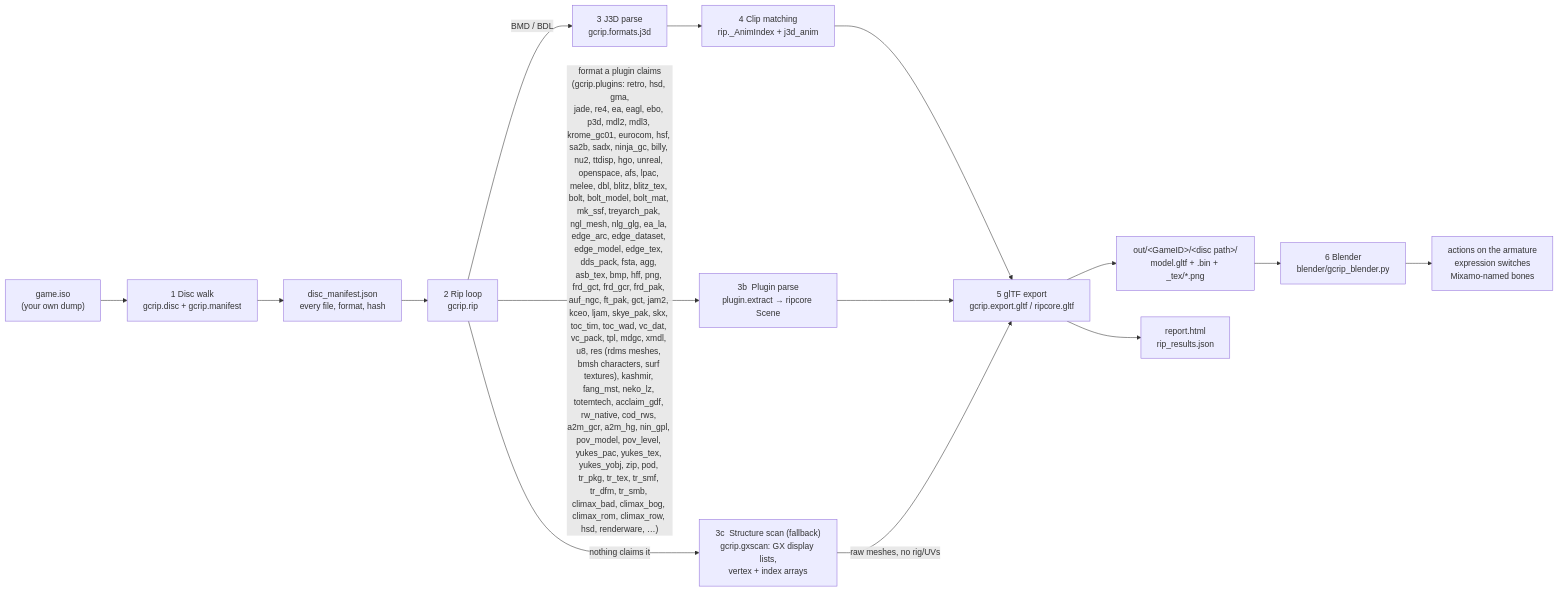
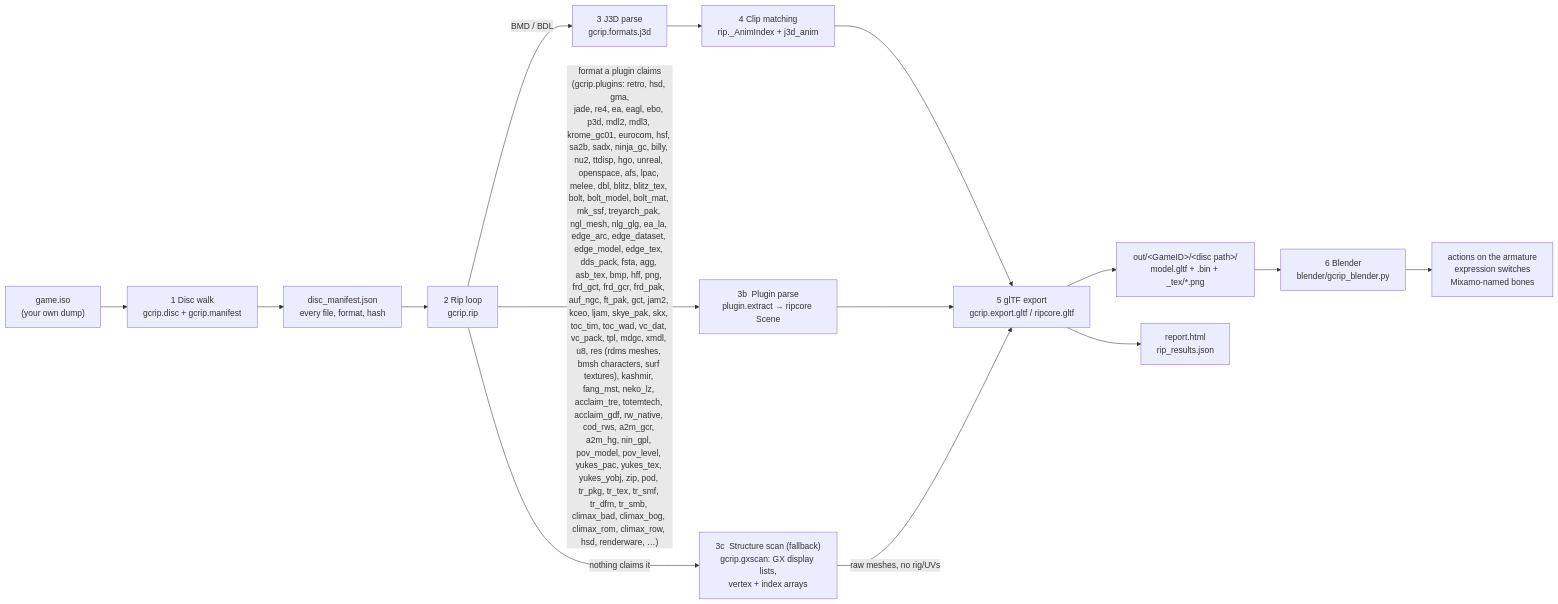
One commit to Felbs/3d-ripper-9000 changed the first of 10 diagrams in docs/PIPELINE.md. Above: the diagram before and after it, drawn with Mermaid. The commit also changed 6 other files, not shown here.

Commit message:
gcrip acclaim_tre: Acclaim supertree0.tre container (Vexx, Turok Evolution) - hash-sorted table, CMPR/RGBA8 textures

````diff
--- a/docs/PIPELINE.md
+++ b/docs/PIPELINE.md
@@ -11,17 +11,17 @@
 ```mermaid
 flowchart LR
     ISO["game.iso<br/>(your own dump)"] --> WALK["1  Disc walk<br/>gcrip.disc + gcrip.manifest"]
     WALK --> MAN["disc_manifest.json<br/>every file, format, hash"]
     MAN --> RIP["2  Rip loop<br/>gcrip.rip"]
     RIP -->|"BMD / BDL"| J3D["3  J3D parse<br/>gcrip.formats.j3d"]
-    RIP -->|"format a plugin claims<br/>(gcrip.plugins: retro, hsd, gma,<br/>jade, re4, ea, eagl, ebo, p3d, mdl2, mdl3, krome_gc01, eurocom, hsf, sa2b, sadx, ninja_gc, billy, nu2, ttdisp, hgo, unreal, openspace, afs, lpac, melee, dbl, blitz, blitz_tex, bolt, bolt_model, bolt_mat, mk_ssf, treyarch_pak, ngl_mesh, nlg_glg, ea_la, edge_arc, edge_dataset, edge_model, edge_tex, dds_pack, fsta, agg, asb_tex, bmp, hff, png, frd_gct, frd_gcr, frd_pak, auf_ngc, ft_pak, gct, jam2, kceo, ljam, skye_pak, skx, toc_tim, toc_wad, vc_dat, vc_pack, tpl, mdgc, xmdl, u8, res (rdms meshes, bmsh characters, surf textures), kashmir, fang_mst, neko_lz, totemtech, acclaim_gdf, rw_native, cod_rws, a2m_gcr, a2m_hg, nin_gpl, pov_model, pov_level, yukes_pac, yukes_tex, yukes_yobj, zip, pod, tr_pkg, tr_tex, tr_smf, tr_dfm, tr_smb, climax_bad, climax_bog, climax_rom, climax_row, hsd, renderware, …)"| PLUG["3b  Plugin parse<br/>plugin.extract → ripcore Scene"]
+    RIP -->|"format a plugin claims<br/>(gcrip.plugins: retro, hsd, gma,<br/>jade, re4, ea, eagl, ebo, p3d, mdl2, mdl3, krome_gc01, eurocom, hsf, sa2b, sadx, ninja_gc, billy, nu2, ttdisp, hgo, unreal, openspace, afs, lpac, melee, dbl, blitz, blitz_tex, bolt, bolt_model, bolt_mat, mk_ssf, treyarch_pak, ngl_mesh, nlg_glg, ea_la, edge_arc, edge_dataset, edge_model, edge_tex, dds_pack, fsta, agg, asb_tex, bmp, hff, png, frd_gct, frd_gcr, frd_pak, auf_ngc, ft_pak, gct, jam2, kceo, ljam, skye_pak, skx, toc_tim, toc_wad, vc_dat, vc_pack, tpl, mdgc, xmdl, u8, res (rdms meshes, bmsh characters, surf textures), kashmir, fang_mst, neko_lz, acclaim_tre, totemtech, acclaim_gdf, rw_native, cod_rws, a2m_gcr, a2m_hg, nin_gpl, pov_model, pov_level, yukes_pac, yukes_tex, yukes_yobj, zip, pod, tr_pkg, tr_tex, tr_smf, tr_dfm, tr_smb, climax_bad, climax_bog, climax_rom, climax_row, hsd, renderware, …)"| PLUG["3b  Plugin parse<br/>plugin.extract → ripcore Scene"]
     RIP -->|"nothing claims it"| GX["3c  Structure scan (fallback)<br/>gcrip.gxscan: GX display lists,<br/>vertex + index arrays"]
     J3D --> ANIM["4  Clip matching<br/>rip._AnimIndex + j3d_anim"]
     ANIM --> GLTF["5  glTF export<br/>gcrip.export.gltf / ripcore.gltf"]
     PLUG --> GLTF
     GX -->|"raw meshes, no rig/UVs"| GLTF
     GLTF --> OUT["out/&lt;GameID&gt;/&lt;disc path&gt;/<br/>model.gltf + .bin + _tex/*.png"]
     GLTF --> REP["report.html<br/>rip_results.json"]
     OUT --> BL["6  Blender<br/>blender/gcrip_blender.py"]
     BL --> PLAY["actions on the armature<br/>expression switches<br/>Mixamo-named bones"]
 ```
````
